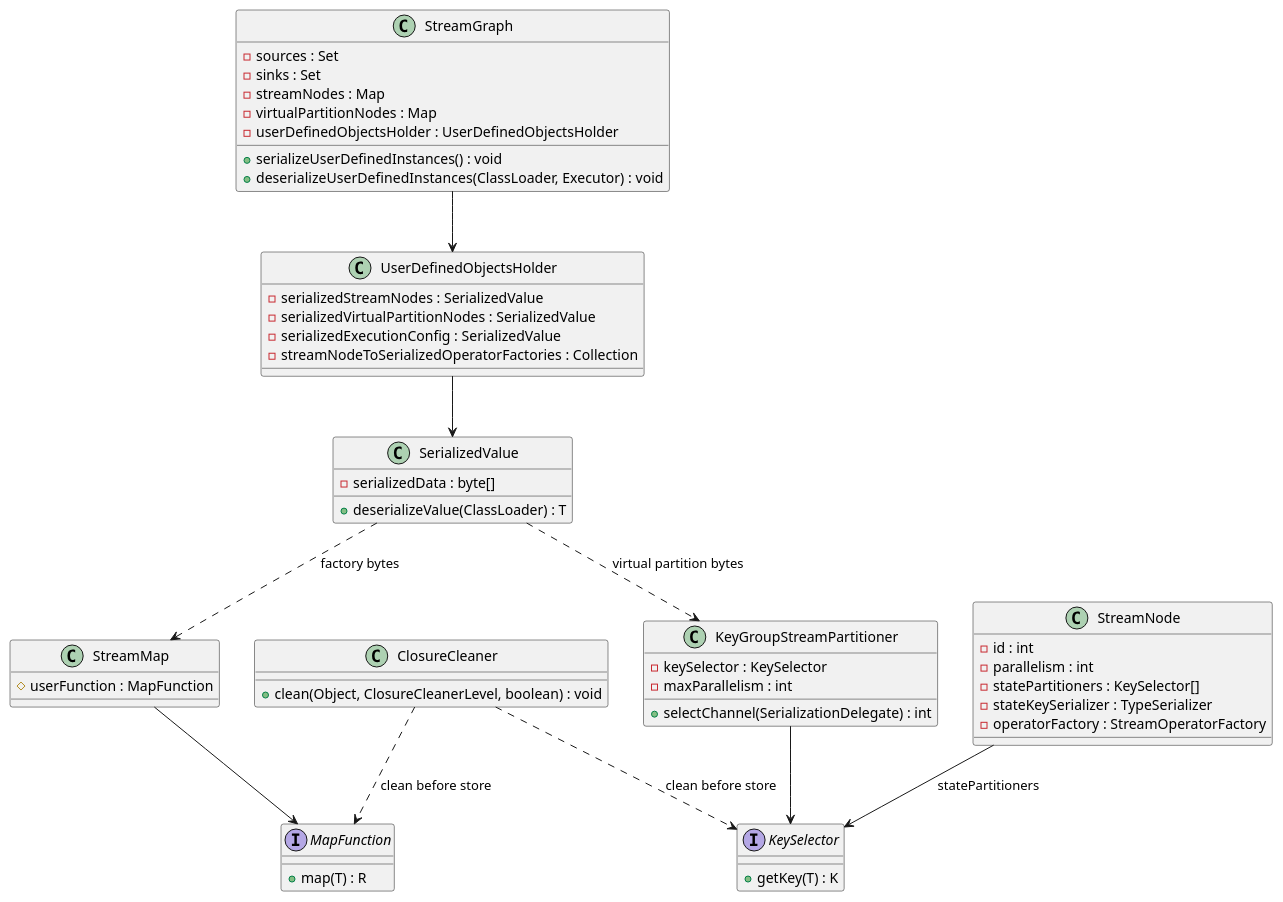
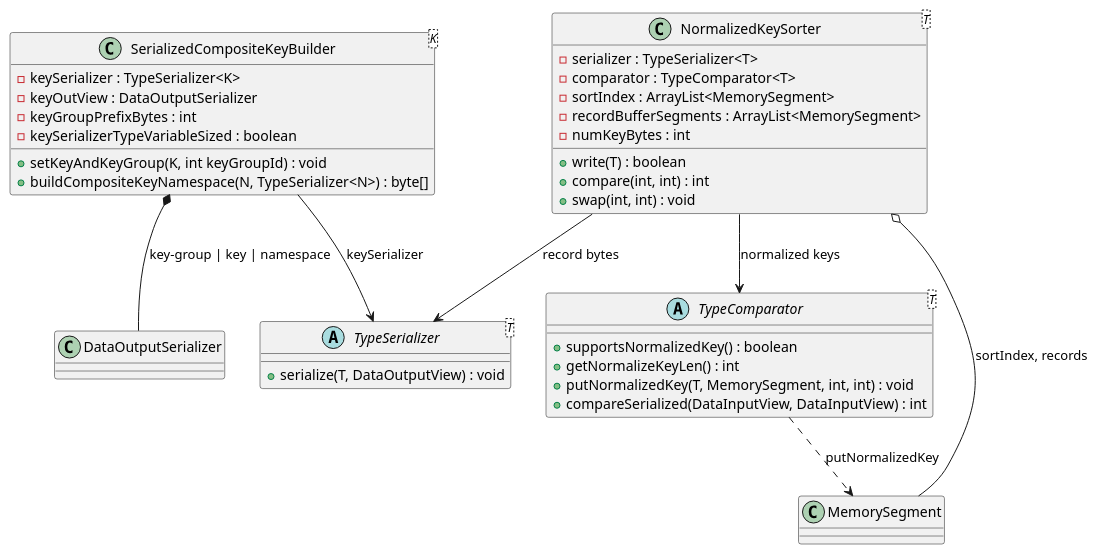
One commit to kevinwang930/kevinwang930.github.io changed the sixth of 7 diagrams in content/post/data/stream/flink/client/index.md. Above: the diagram before and after it, drawn with PlantUML. The commit also changed other lines of this file, not shown here.

````diff
--- a/content/post/data/stream/flink/client/index.md
+++ b/content/post/data/stream/flink/client/index.md
@@ -561,66 +732,45 @@
 ```plantuml
 @startuml
 
-class ClosureCleaner {
-  + clean(Object, ClosureCleanerLevel, boolean) : void
+class "SerializedCompositeKeyBuilder<K>" as SerializedCompositeKeyBuilder {
+  - keySerializer : TypeSerializer<K>
+  - keyOutView : DataOutputSerializer
+  - keyGroupPrefixBytes : int
+  - keySerializerTypeVariableSized : boolean
+  + setKeyAndKeyGroup(K, int keyGroupId) : void
+  + buildCompositeKeyNamespace(N, TypeSerializer<N>) : byte[]
 }
 
-class StreamGraph {
-  - sources : Set
-  - sinks : Set
-  - streamNodes : Map
-  - virtualPartitionNodes : Map
-  - userDefinedObjectsHolder : UserDefinedObjectsHolder
-  + serializeUserDefinedInstances() : void
-  + deserializeUserDefinedInstances(ClassLoader, Executor) : void
+class "NormalizedKeySorter<T>" as NormalizedKeySorter {
+  - serializer : TypeSerializer<T>
+  - comparator : TypeComparator<T>
+  - sortIndex : ArrayList<MemorySegment>
+  - recordBufferSegments : ArrayList<MemorySegment>
+  - numKeyBytes : int
+  + write(T) : boolean
+  + compare(int, int) : int
+  + swap(int, int) : void
 }
 
-class StreamNode {
-  - id : int
-  - parallelism : int
-  - statePartitioners : KeySelector[]
-  - stateKeySerializer : TypeSerializer
-  - operatorFactory : StreamOperatorFactory
+abstract class "TypeSerializer<T>" as TypeSerializer {
+  + serialize(T, DataOutputView) : void
 }
 
-class StreamMap {
-  # userFunction : MapFunction
+abstract class "TypeComparator<T>" as TypeComparator {
+  + supportsNormalizedKey() : boolean
+  + getNormalizeKeyLen() : int
+  + putNormalizedKey(T, MemorySegment, int, int) : void
+  + compareSerialized(DataInputView, DataInputView) : int
 }
 
-interface MapFunction {
-  + map(T) : R
-}
+class DataOutputSerializer
+class MemorySegment
 
-interface KeySelector {
-  + getKey(T) : K
-}
-
-class KeyGroupStreamPartitioner {
-  - keySelector : KeySelector
-  - maxParallelism : int
-  + selectChannel(SerializationDelegate) : int
-}
-
-class SerializedValue {
-  - serializedData : byte[]
-  + deserializeValue(ClassLoader) : T
-}
-
-class UserDefinedObjectsHolder {
-  - serializedStreamNodes : SerializedValue
-  - serializedVirtualPartitionNodes : SerializedValue
-  - serializedExecutionConfig : SerializedValue
-  - streamNodeToSerializedOperatorFactories : Collection
-}
-
-ClosureCleaner ..> MapFunction : clean before store
-ClosureCleaner ..> KeySelector : clean before store
-StreamMap --> MapFunction
-KeyGroupStreamPartitioner --> KeySelector
-StreamNode --> KeySelector : statePartitioners
-StreamGraph --> UserDefinedObjectsHolder
-UserDefinedObjectsHolder --> SerializedValue
-SerializedValue ..> StreamMap : factory bytes
-SerializedValue ..> KeyGroupStreamPartitioner : virtual partition bytes
+SerializedCompositeKeyBuilder --> TypeSerializer : keySerializer
+SerializedCompositeKeyBuilder *-- DataOutputSerializer : key-group | key | namespace
+NormalizedKeySorter --> TypeSerializer : record bytes
+NormalizedKeySorter --> TypeComparator : normalized keys
+NormalizedKeySorter o-- MemorySegment : sortIndex, records
+TypeComparator ..> MemorySegment : putNormalizedKey
 @enduml
 ```
````
